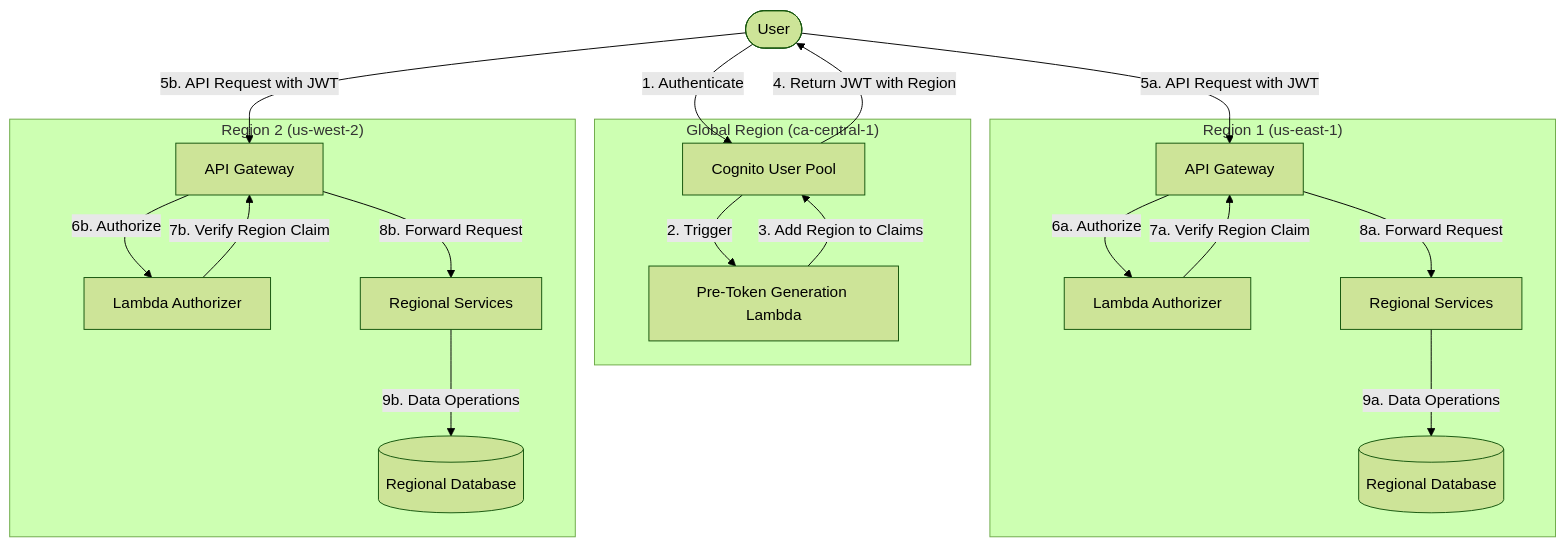
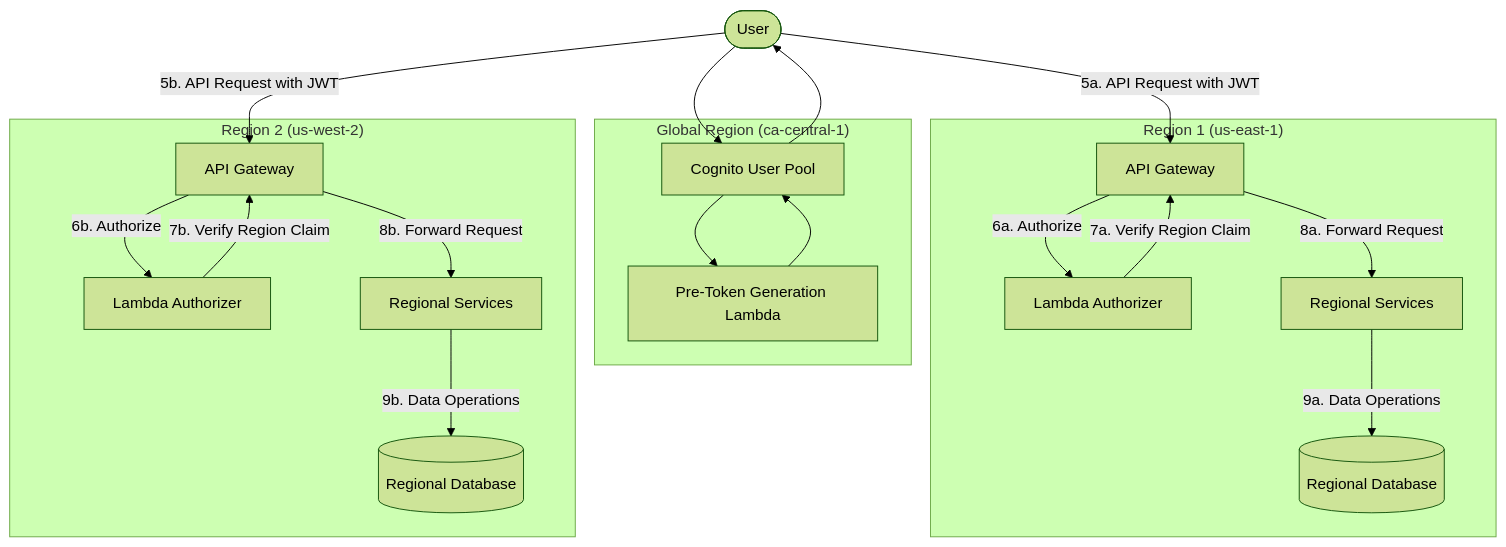
Before and after one commit to hugger-beep/private1: the diagram in alternative1.md, drawn with Mermaid (forest theme).

````diff
--- a/alternative1.md
+++ b/alternative1.md
@@ -3,47 +3,47 @@
 ```mermaid
 flowchart TB
     User([User])
     
     subgraph "Global Region (ca-central-1)"
         Cognito[Cognito User Pool]
         PreTokenLambda[Pre-Token Generation Lambda]
     end
     
     subgraph "Region 1 (us-east-1)"
         APIGateway1[API Gateway]
         Authorizer1[Lambda Authorizer]
         Services1[Regional Services]
         Database1[(Regional Database)]
     end
     
     subgraph "Region 2 (us-west-2)"
         APIGateway2[API Gateway]
         Authorizer2[Lambda Authorizer]
         Services2[Regional Services]
         Database2[(Regional Database)]
     end
     
-    User -- "1. Authenticate" --> Cognito
-    Cognito -- "2. Trigger" --> PreTokenLambda
-    PreTokenLambda -- "3. Add Region to Claims" --> Cognito
-    Cognito -- "4. Return JWT with Region" --> User
+    User --> Cognito
+    Cognito --> PreTokenLambda
+    PreTokenLambda --> Cognito
+    Cognito --> User
     
     User -- "5a. API Request with JWT" --> APIGateway1
     User -- "5b. API Request with JWT" --> APIGateway2
     
     APIGateway1 -- "6a. Authorize" --> Authorizer1
     APIGateway2 -- "6b. Authorize" --> Authorizer2
     
     Authorizer1 -- "7a. Verify Region Claim" --> APIGateway1
     Authorizer2 -- "7b. Verify Region Claim" --> APIGateway2
     
     APIGateway1 -- "8a. Forward Request" --> Services1
     APIGateway2 -- "8b. Forward Request" --> Services2
     
     Services1 -- "9a. Data Operations" --> Database1
     Services2 -- "9b. Data Operations" --> Database2
     
     class User,Cognito,PreTokenLambda fill:#f9f,stroke:#333,stroke-width:2px
     class APIGateway1,Authorizer1,Services1,Database1 fill:#bbf,stroke:#333,stroke-width:2px
     class APIGateway2,Authorizer2,Services2,Database2 fill:#bfb,stroke:#333,stroke-width:2px
 ```
````
